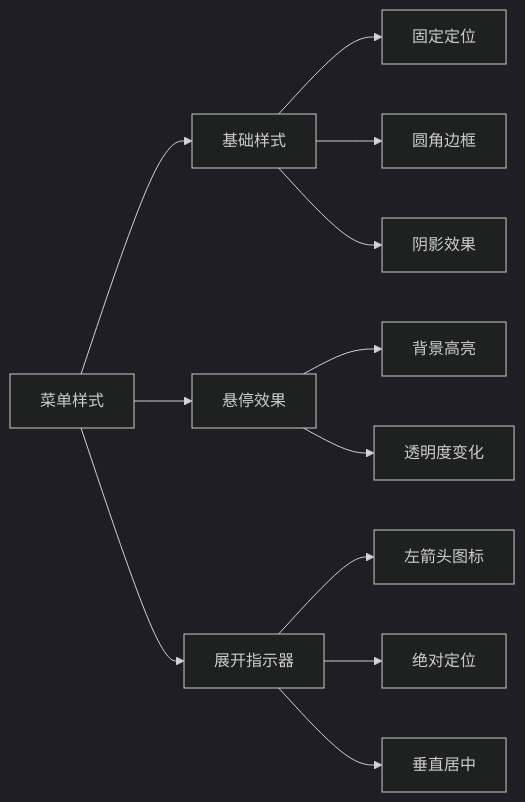
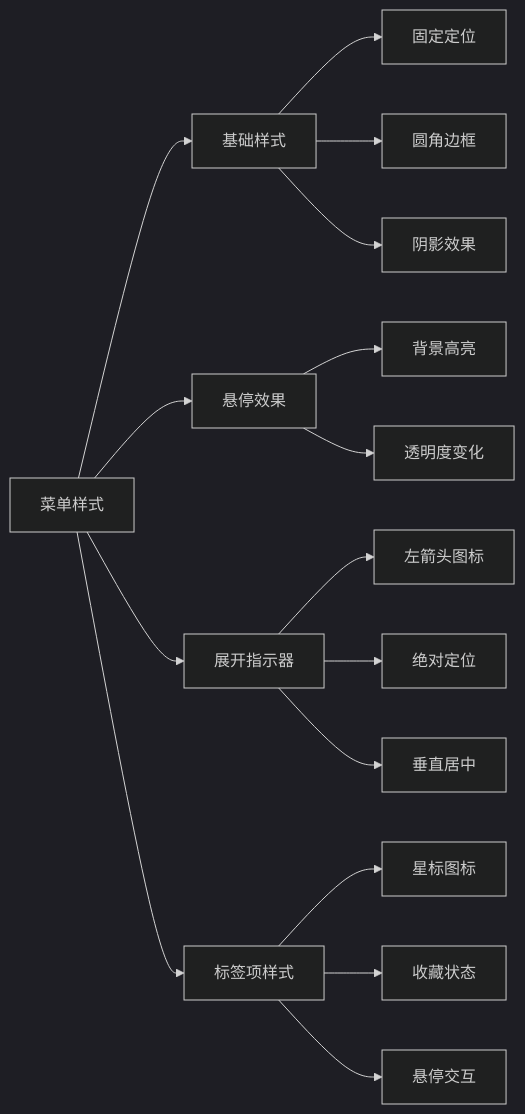
Diagram 12 of 17 in .qoder/repowiki/zh/content/用户界面组件/提示词上下文菜单.md (billye220670/CorineKit_Pix2Real), drawn with Mermaid (dark theme) before and after one commit. The commit also changed other lines of this file and 49 other files, not shown here.

````diff
--- a/.qoder/repowiki/zh/content/用户界面组件/提示词上下文菜单.md
+++ b/.qoder/repowiki/zh/content/用户界面组件/提示词上下文菜单.md
@@ -336,14 +651,18 @@
 ```mermaid
 graph LR
 A[菜单样式] --> B[基础样式]
 A --> C[悬停效果]
 A --> D[展开指示器]
-B --> E[固定定位]
-B --> F[圆角边框]
-B --> G[阴影效果]
-C --> H[背景高亮]
-C --> I[透明度变化]
-D --> J[左箭头图标]
-D --> K[绝对定位]
-D --> L[垂直居中]
+A --> E[标签项样式]
+B --> F[固定定位]
+B --> G[圆角边框]
+B --> H[阴影效果]
+C --> I[背景高亮]
+C --> J[透明度变化]
+D --> K[左箭头图标]
+D --> L[绝对定位]
+D --> M[垂直居中]
+E --> N[星标图标]
+E --> O[收藏状态]
+E --> P[悬停交互]
 ```
````
